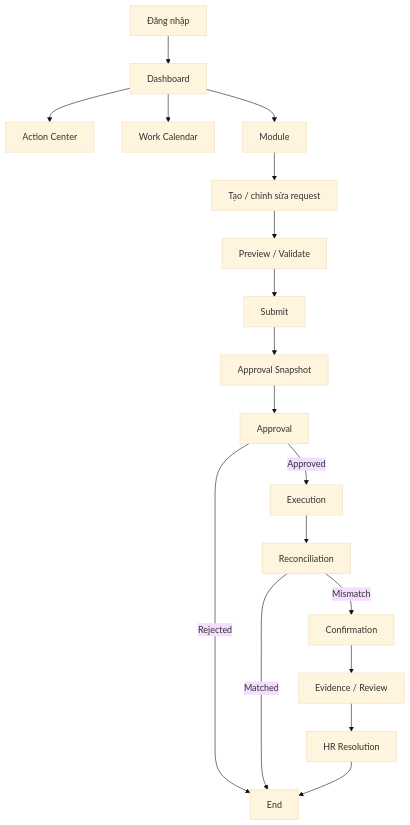
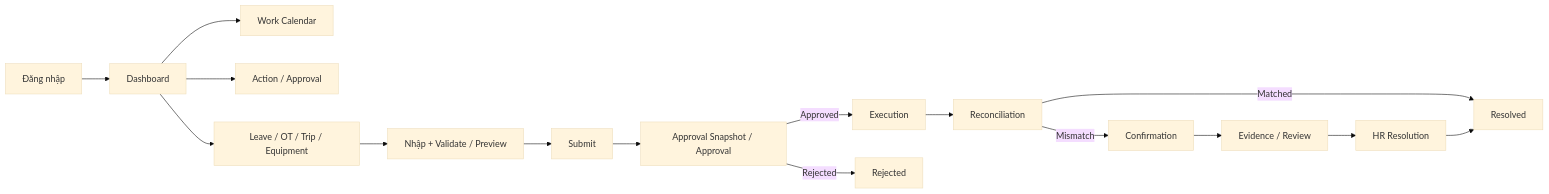
Before and after one commit to Nang0559/Reggister: the first of 3 diagrams in MÔ HÌNH/DOCUMENTATION/04_USER_GUIDE.md, drawn with Mermaid (base theme). The commit also changed other lines of this file and 256 other files, not shown here.

````diff
--- a/MÔ HÌNH/DOCUMENTATION/04_USER_GUIDE.md
+++ b/MÔ HÌNH/DOCUMENTATION/04_USER_GUIDE.md
@@ -5,20 +5,18 @@
 ```mermaid
-flowchart TD
-    LOGIN[Đăng nhập] --> DASH[Dashboard]
-    DASH --> ACT[Action Center]
-    DASH --> CAL[Work Calendar]
-    DASH --> MOD[Module]
-    MOD --> CREATE[Tạo / chỉnh sửa request]
-    CREATE --> PREVIEW[Preview / Validate]
-    PREVIEW --> SUBMIT[Submit]
-    SUBMIT --> SNAP[Approval Snapshot]
-    SNAP --> AP[Approval]
+flowchart LR
+    LOGIN[Đăng nhập] --> HOME[Dashboard]
+    HOME --> CAL[Work Calendar]
+    HOME --> ACT[Action / Approval]
+    HOME --> MOD[Leave / OT / Trip / Equipment]
+    MOD --> PRE[Nhập + Validate / Preview]
+    PRE --> SUB[Submit]
+    SUB --> AP[Approval Snapshot / Approval]
     AP -->|Approved| EXEC[Execution]
-    AP -->|Rejected| END[End]
+    AP -->|Rejected| END[Rejected]
     EXEC --> REC[Reconciliation]
-    REC -->|Matched| END
+    REC -->|Matched| END2[Resolved]
     REC -->|Mismatch| CONF[Confirmation]
-    CONF --> EVID[Evidence / Review]
-    EVID --> HR[HR Resolution]
-    HR --> END
+    CONF --> EVI[Evidence / Review]
+    EVI --> HR[HR Resolution]
+    HR --> END2
 ```
````
